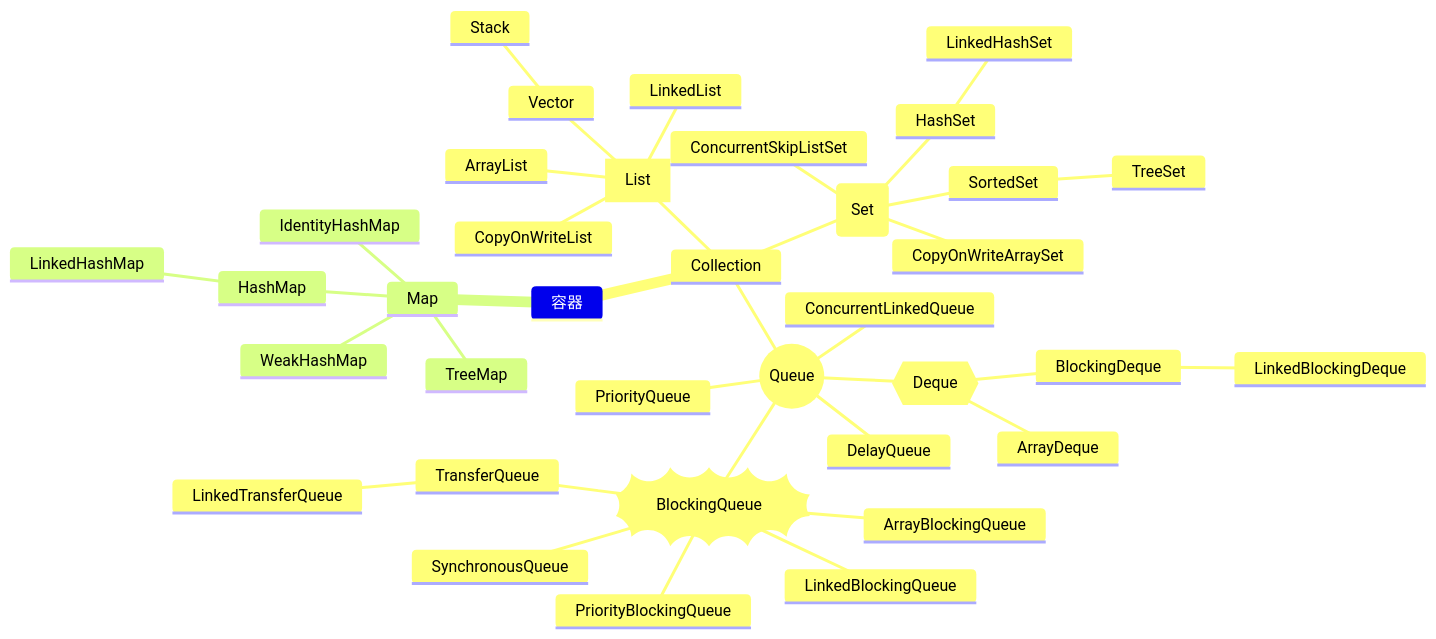
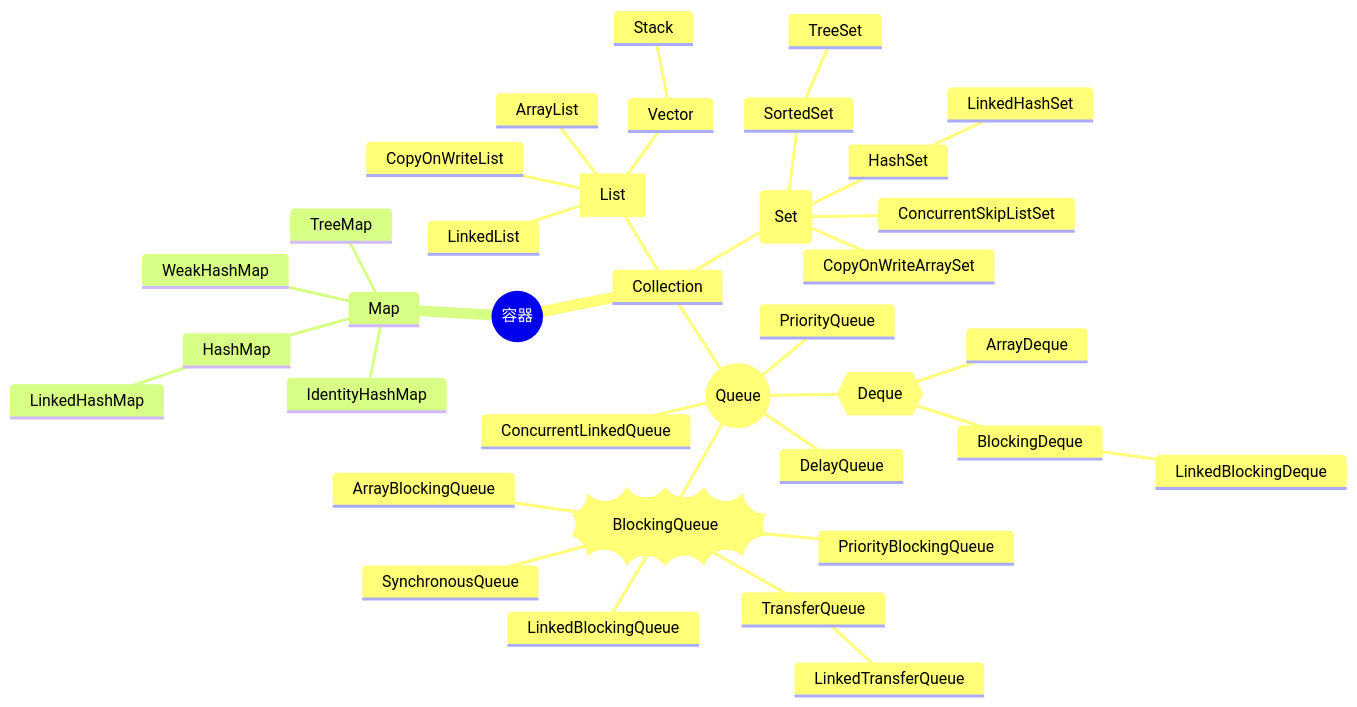
The diagram in doc/编程语言/JAVA/高级/集合/集合.md (0xcaffebabe/note), drawn with Mermaid before and after one commit. The commit also changed 12 other files, not shown here.

First line of the commit message:
docs(mindmap): 统一思维导图根节点格式

````diff
--- a/doc/编程语言/JAVA/高级/集合/集合.md
+++ b/doc/编程语言/JAVA/高级/集合/集合.md
@@ -7,40 +7,40 @@
 ```mermaid
 mindmap
-    容器
+    root((容器))
         Collection
             List[List]
                 CopyOnWriteList
                 ArrayList
                 Vector
                     Stack
                 LinkedList
             Set(Set)
                 HashSet
                     LinkedHashSet
                 SortedSet
                     TreeSet
                 CopyOnWriteArraySet
                 ConcurrentSkipListSet
             Queue((Queue))
                 Deque{{Deque}}
                     ArrayDeque
                     BlockingDeque
                         LinkedBlockingDeque
                 BlockingQueue))BlockingQueue((
                     ArrayBlockingQueue
                     PriorityBlockingQueue
                     LinkedBlockingQueue
                     TransferQueue
                         LinkedTransferQueue
                     SynchronousQueue
                 PriorityQueue
                 ConcurrentLinkedQueue
                 DelayQueue
         Map 
             HashMap
                 LinkedHashMap
             TreeMap
             WeakHashMap
             IdentityHashMap
 
 ```
````
